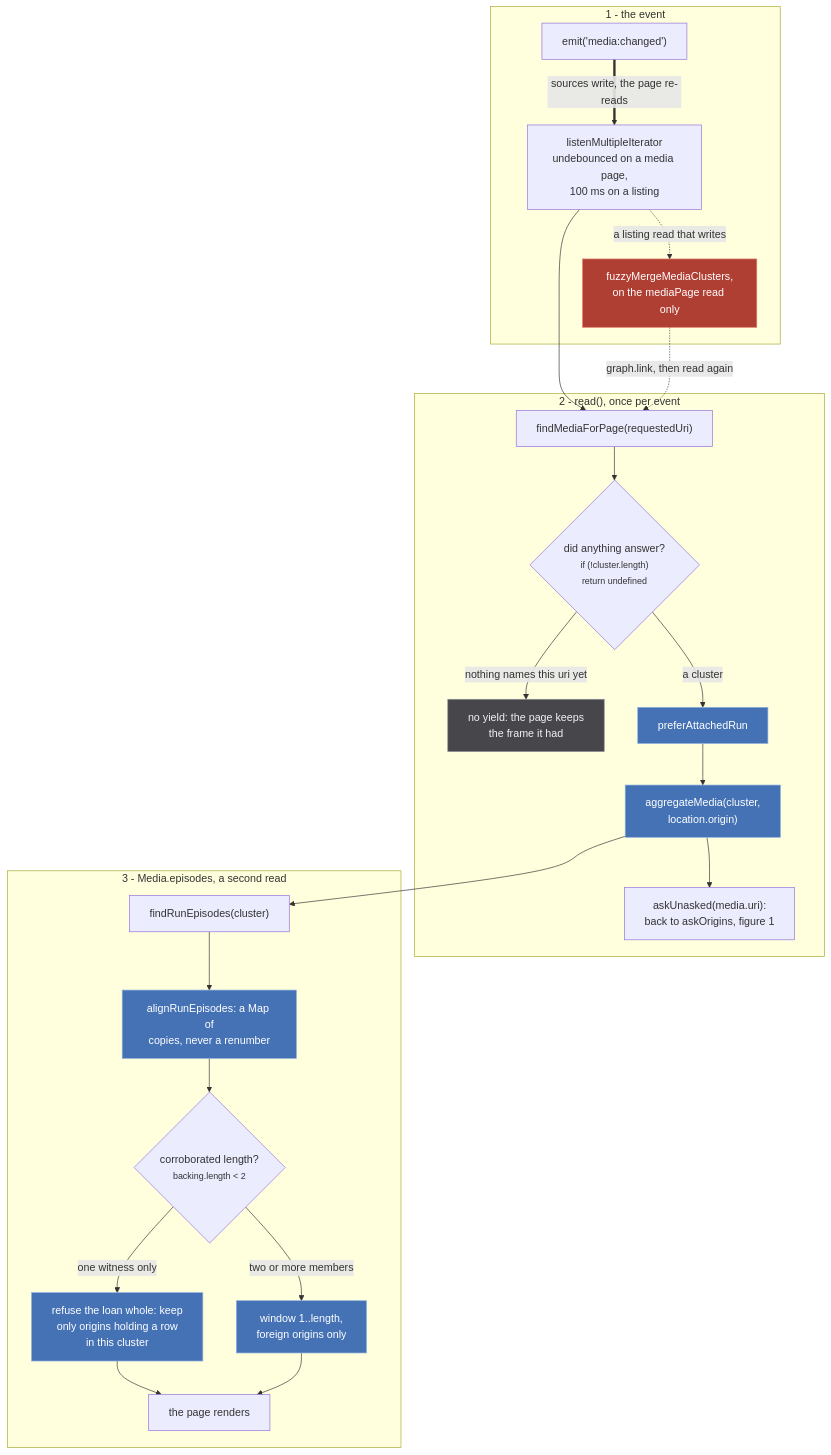
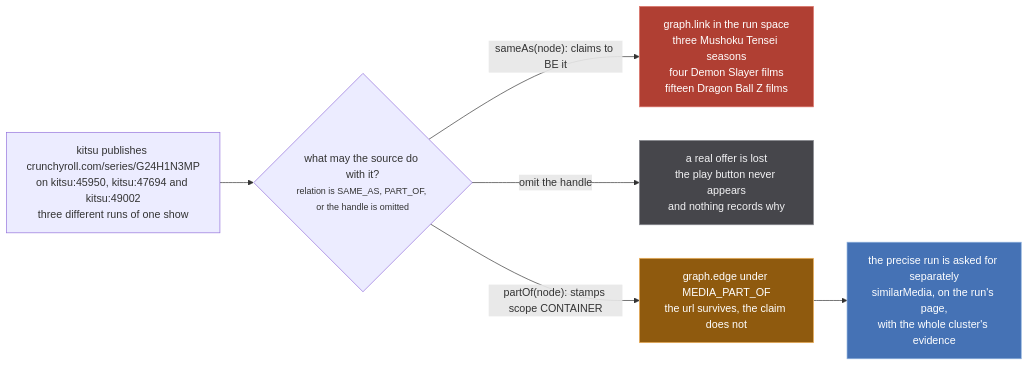
The second of 3 diagrams in docs/src/content/docs/index.md (Banou26/stub), drawn with Mermaid before and after one commit. The commit also changed other lines of this file and 11 other files, not shown here.

````diff
--- a/docs/src/content/docs/index.md
+++ b/docs/src/content/docs/index.md
@@ -270,52 +66,20 @@
 ```mermaid
-flowchart TD
+flowchart LR
+  ID["kitsu publishes crunchyroll.com/series/G24H1N3MP<br/>on kitsu:45950, kitsu:47694 and kitsu:49002<br/>three different runs of one show"]
+  ID --> Q{"what may the source do with it?<br/><small>relation is SAME_AS, PART_OF, or the handle is omitted</small>"}
+
+  Q -->|"sameAs(node): claims to BE it"| WELD["graph.link in the run space<br/>three Mushoku Tensei seasons<br/>four Demon Slayer films<br/>fifteen Dragon Ball Z films"]
+  Q -->|"omit the handle"| LOST["a real offer is lost<br/>the play button never appears<br/>and nothing records why"]
+  Q -->|"partOf(node): stamps scope CONTAINER"| KEEP["graph.edge under MEDIA_PART_OF<br/>the url survives, the claim does not"]
+
+  KEEP --> ASK["the precise run is asked for separately<br/>similarMedia, on the run's page,<br/>with the whole cluster's evidence"]
+
   classDef irrev fill:#b03f33,stroke:#e0796f,color:#ffffff
   classDef ratchet fill:#8f5a0e,stroke:#f2b45c,color:#ffffff
   classDef view fill:#4572b5,stroke:#8db0de,color:#ffffff
   classDef refuse fill:#46464b,stroke:#8b8c93,color:#f2f2f4
-
-  subgraph EV["1 - the event"]
-    E1["emit('media:changed')"]
-    E2["listenMultipleIterator<br/>undebounced on a media page,<br/>100 ms on a listing"]
-    E3["fuzzyMergeMediaClusters,<br/>on the mediaPage read only"]
-  end
-
-  subgraph RD["2 - read(), once per event"]
-    C1["findMediaForPage(requestedUri)"]
-    D8a{"did anything answer?<br/><small>if (!cluster.length)<br/>return undefined</small>"}
-    C2["no yield: the page keeps<br/>the frame it had"]
-    C3["preferAttachedRun"]
-    C4["aggregateMedia(cluster,<br/>location.origin)"]
-    C5["askUnasked(media.uri):<br/>back to askOrigins, figure 1"]
-  end
-
-  subgraph EP["3 - Media.episodes, a second read"]
-    C6["findRunEpisodes(cluster)"]
-    C7["alignRunEpisodes: a Map of<br/>copies, never a renumber"]
-    D8{"corroborated length?<br/><small>backing.length &lt; 2</small>"}
-    C8["refuse the loan whole: keep<br/>only origins holding a row<br/>in this cluster"]
-    C9["window 1..length,<br/>foreign origins only"]
-    C10["the page renders"]
-  end
-
-  E1 ==>|"sources write, the page re-reads"| E2
-  E2 --> C1
-  E2 -.->|"a listing read that writes"| E3
-  E3 -.->|"graph.link, then read again"| C1
-  C1 --> D8a
-  D8a -->|"nothing names this uri yet"| C2
-  D8a -->|"a cluster"| C3
-  C3 --> C4
-  C4 --> C5
-  C4 --> C6
-  C6 --> C7
-  C7 --> D8
-  D8 -->|"one witness only"| C8
-  D8 -->|"two or more members"| C9
-  C8 --> C10
-  C9 --> C10
-
-  class C2 refuse
-  class C3,C4,C7,C8,C9 view
-  class E3 irrev
+  class WELD irrev
+  class LOST refuse
+  class KEEP ratchet
+  class ASK view
 ```
````
